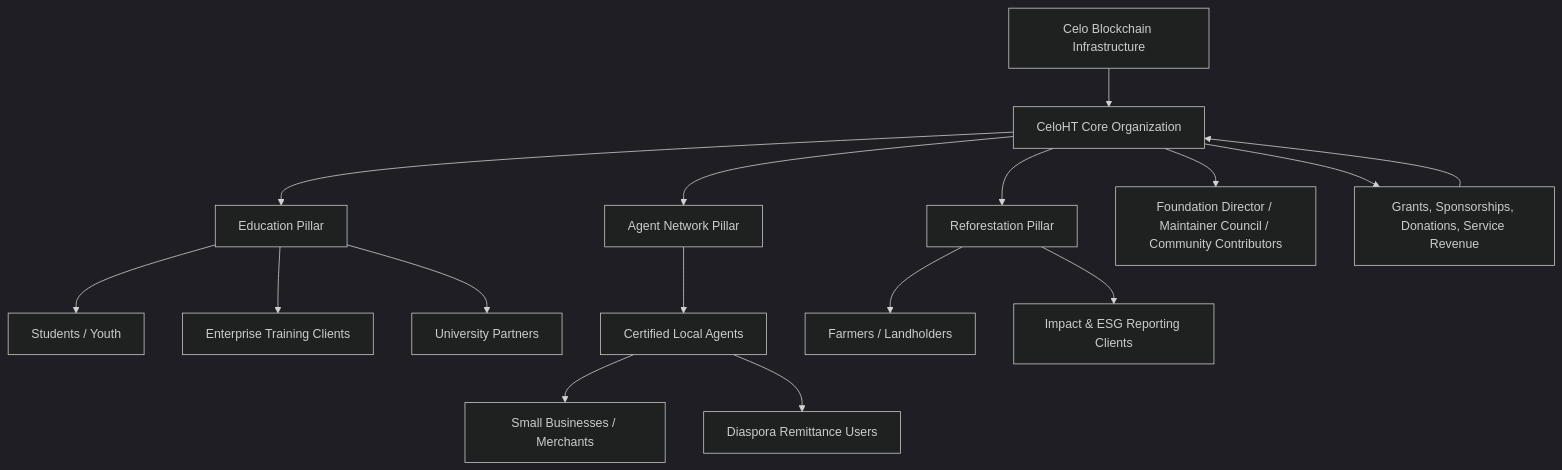
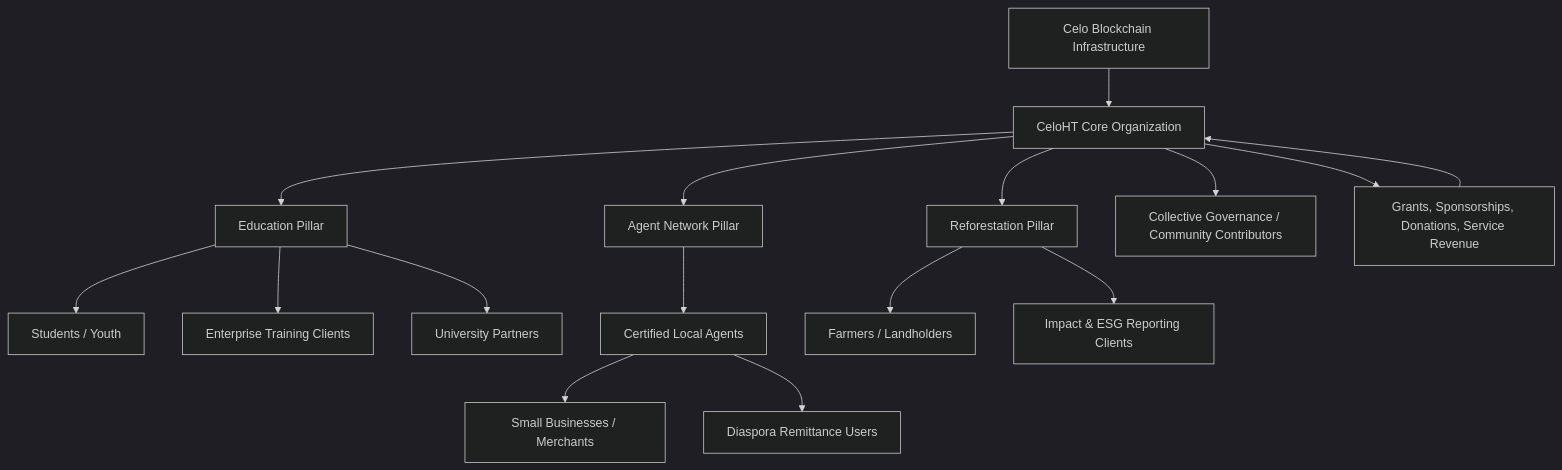
The second of 7 diagrams in BUSINESS.md (Celo-HaiTi/celoht-docs), drawn with Mermaid (dark theme) before and after one commit. The commit also changed other lines of this file and 27 other files, not shown here.

Commit message:
docs: synchronize founder and community governance

````diff
--- a/BUSINESS.md
+++ b/BUSINESS.md
@@ -166,22 +166,22 @@
 ```mermaid
 flowchart TD
     Celo[Celo Blockchain Infrastructure] --> CeloHT[CeloHT Core Organization]
     CeloHT --> Edu[Education Pillar]
     CeloHT --> Agent[Agent Network Pillar]
     CeloHT --> Reforest[Reforestation Pillar]
 
     Edu --> Students[Students / Youth]
     Edu --> Enterprises[Enterprise Training Clients]
     Edu --> Universities[University Partners]
 
     Agent --> LocalAgents[Certified Local Agents]
     LocalAgents --> Merchants[Small Businesses / Merchants]
     LocalAgents --> Diaspora[Diaspora Remittance Users]
 
     Reforest --> Farmers[Farmers / Landholders]
     Reforest --> ImpactReports[Impact & ESG Reporting Clients]
 
-    CeloHT --> Governance[Foundation Director / Maintainer Council / Community Contributors]
+    CeloHT --> Governance[Collective Governance / Community Contributors]
     CeloHT --> Funding[Grants, Sponsorships, Donations, Service Revenue]
     Funding --> CeloHT
 ```
````
